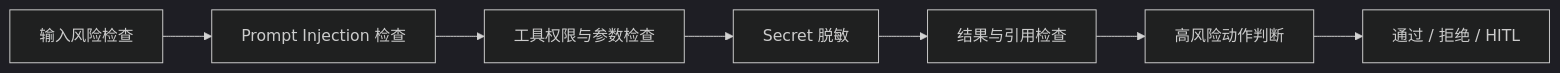
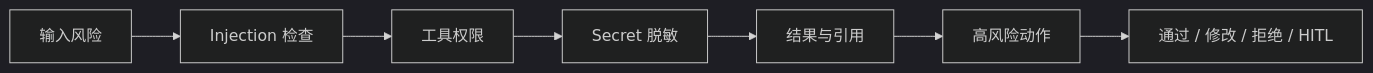
The second of 2 diagrams in app/public/how-it-works.md (Fr0sttt/travel-agent), drawn with Mermaid (dark theme) before and after one commit. The commit also changed other lines of this file, not shown here.

Commit message:
docs: simplify agent architecture diagram

````diff
--- a/app/public/how-it-works.md
+++ b/app/public/how-it-works.md
@@ -198,9 +117,9 @@
 ```mermaid
 flowchart LR
-    A["输入风险检查"] --> B["Prompt Injection 检查"]
-    B --> C["工具权限与参数检查"]
+    A["输入风险"] --> B["Injection 检查"]
+    B --> C["工具权限"]
     C --> D["Secret 脱敏"]
-    D --> E["结果与引用检查"]
-    E --> F["高风险动作判断"]
-    F --> G["通过 / 拒绝 / HITL"]
+    D --> E["结果与引用"]
+    E --> F["高风险动作"]
+    F --> G["通过 / 修改 / 拒绝 / HITL"]
 ```
````
